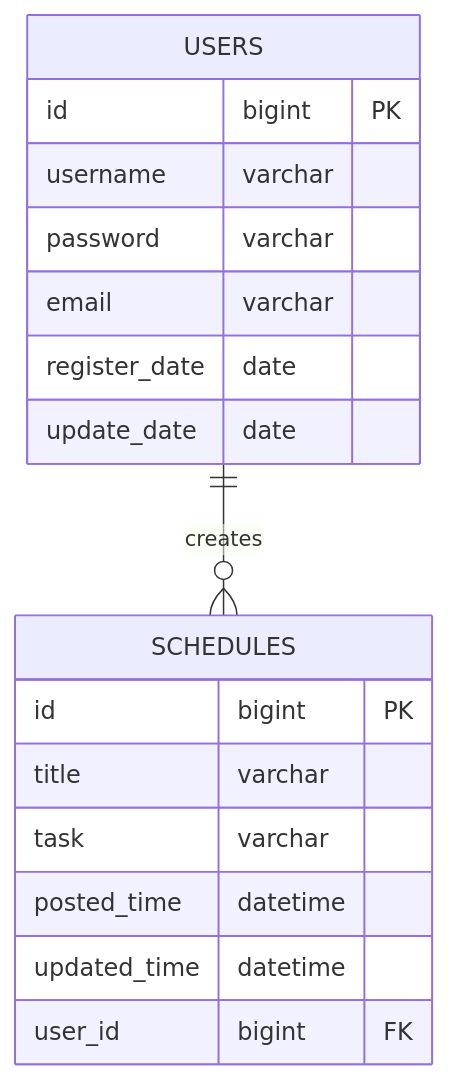
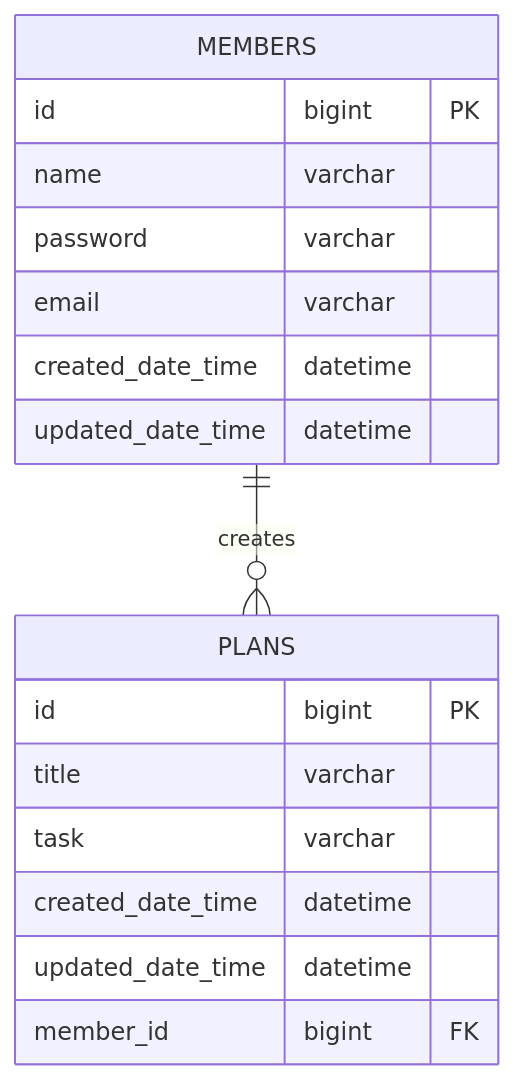
Before and after one commit to backswan0/sparta-week3-planner: the diagram in README.md, drawn with Mermaid. The commit also changed other lines of this file, not shown here.

````diff
--- a/README.md
+++ b/README.md
@@ -20,20 +20,20 @@
 ```mermaid
 erDiagram
-USERS ||--o{ SCHEDULES : creates
-USERS {
+MEMBERS ||--o{ PLANS : creates
+MEMBERS {
 id bigint PK
-username varchar
+name varchar
 password varchar
 email varchar
-register_date date
-update_date date
+created_date_time datetime
+updated_date_time datetime
 }
-SCHEDULES {
+PLANS {
 id bigint PK
 title varchar
 task varchar
-posted_time datetime
-updated_time datetime
-user_id bigint FK
+created_date_time datetime
+updated_date_time datetime
+member_id bigint FK
 }
 ```
````
